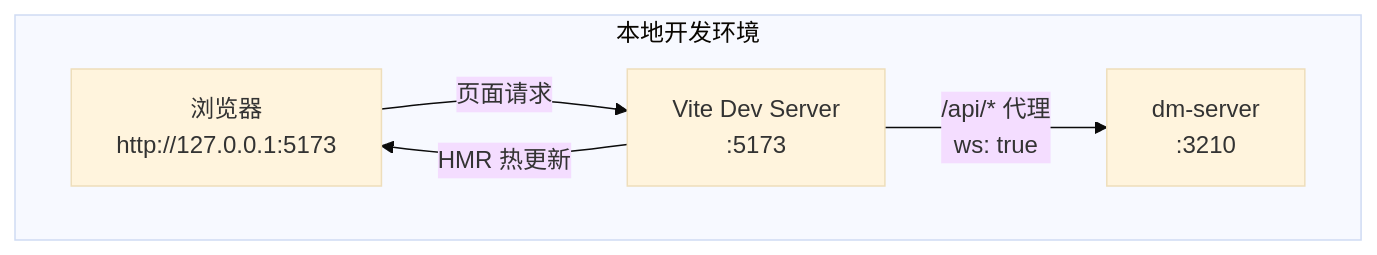
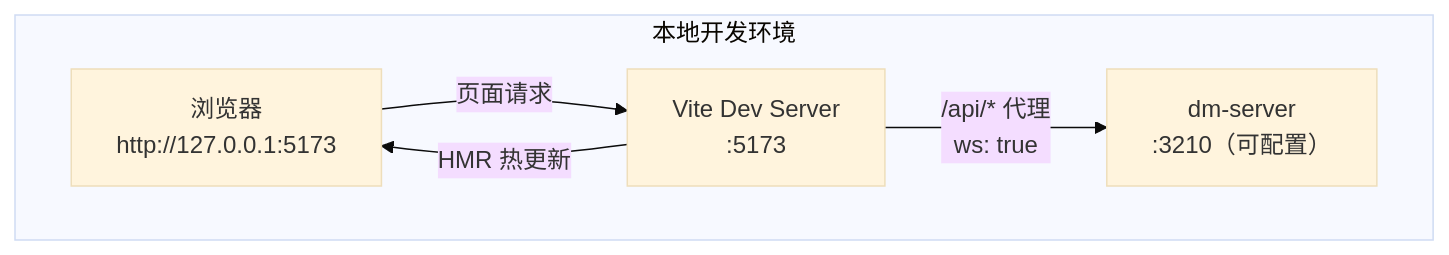
The second of 4 diagrams in wiki/zh/25-build-and-embed.md (l1veIn/dora-manager), drawn with Mermaid (base theme) before and after one commit. The commit also changed other lines of this file and 11 other files, not shown here.

````diff
--- a/wiki/zh/25-build-and-embed.md
+++ b/wiki/zh/25-build-and-embed.md
@@ -166,12 +166,12 @@
 ```mermaid
 flowchart TB
     subgraph Dev["本地开发环境"]
         Browser["浏览器<br/>http://127.0.0.1:5173"]
         ViteDev["Vite Dev Server<br/>:5173"]
-        DmServer["dm-server<br/>:3210"]
+        DmServer["dm-server<br/>:3210（可配置）"]
         
         Browser -->|"页面请求"| ViteDev
         ViteDev -->|"/api/* 代理<br/>ws: true"| DmServer
         ViteDev -->|"HMR 热更新"| Browser
     end
 ```
````
